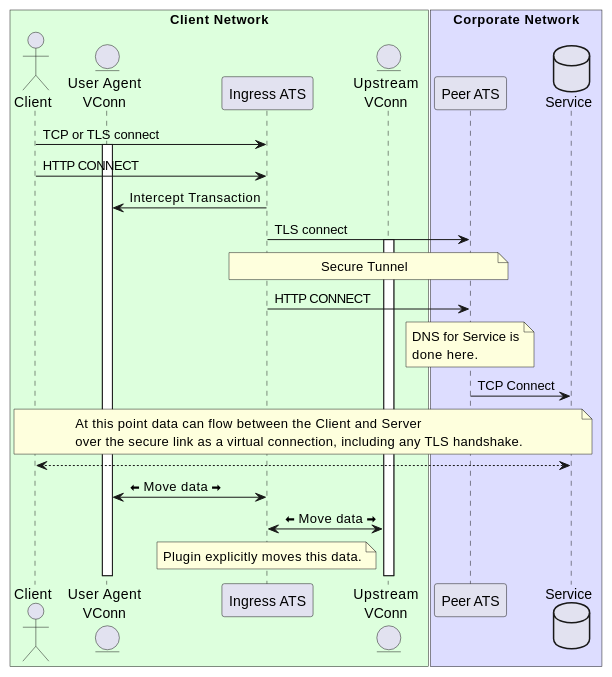
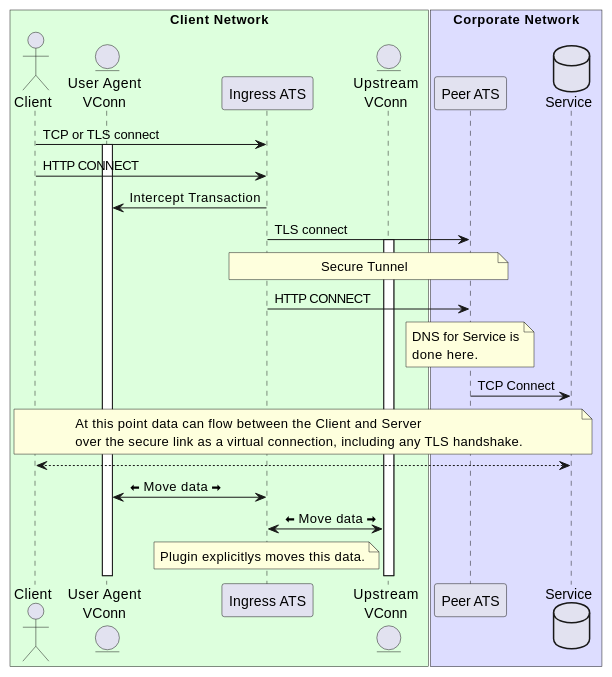
The third of 4 diagrams in doc/developer-guide/plugins/example-plugins/tls_bridge.en.rst (jbfavre/trafficserver), drawn with PlantUML before and after one commit. The commit also changed other lines of this file and 3378 other files, not shown here.

```diff
--- a/doc/developer-guide/plugins/example-plugins/tls_bridge.en.rst
+++ b/doc/developer-guide/plugins/example-plugins/tls_bridge.en.rst
@@ -237,34 +170,34 @@
 .. uml::
    :align: center
 
    @startuml
 
    box "Client Network" #DDFFDD
    actor Client
    entity "User Agent\nVConn" as lvc
    participant "Ingress ATS" as ingress
    entity "Upstream\nVConn" as rvc
    end box
    box "Corporate Network" #DDDDFF
    participant "Peer ATS" as peer
    database Service
    end box
 
    Client -> ingress : TCP or TLS connect
    activate lvc
    Client -> ingress : HTTP CONNECT
    ingress -> lvc : Intercept Transaction
    ingress -> peer : TLS connect
    activate rvc
    note over ingress,peer : Secure Tunnel
    ingress -> peer : HTTP CONNECT
    note over peer : DNS for Service is\ndone here.
    peer -> Service : TCP Connect
 
    note over Client, Service : At this point data can flow between the Client and Server\nover the secure link as a virtual connection, including any TLS handshake.
    Client <--> Service
    lvc <-> ingress : <&arrow-thick-left> Move data <&arrow-thick-right>
    ingress <-> rvc : <&arrow-thick-left> Move data <&arrow-thick-right>
-   note over ingress : Plugin explicitly moves this data.
+   note over ingress : Plugin explicitlys moves this data.
 
    @enduml
```
